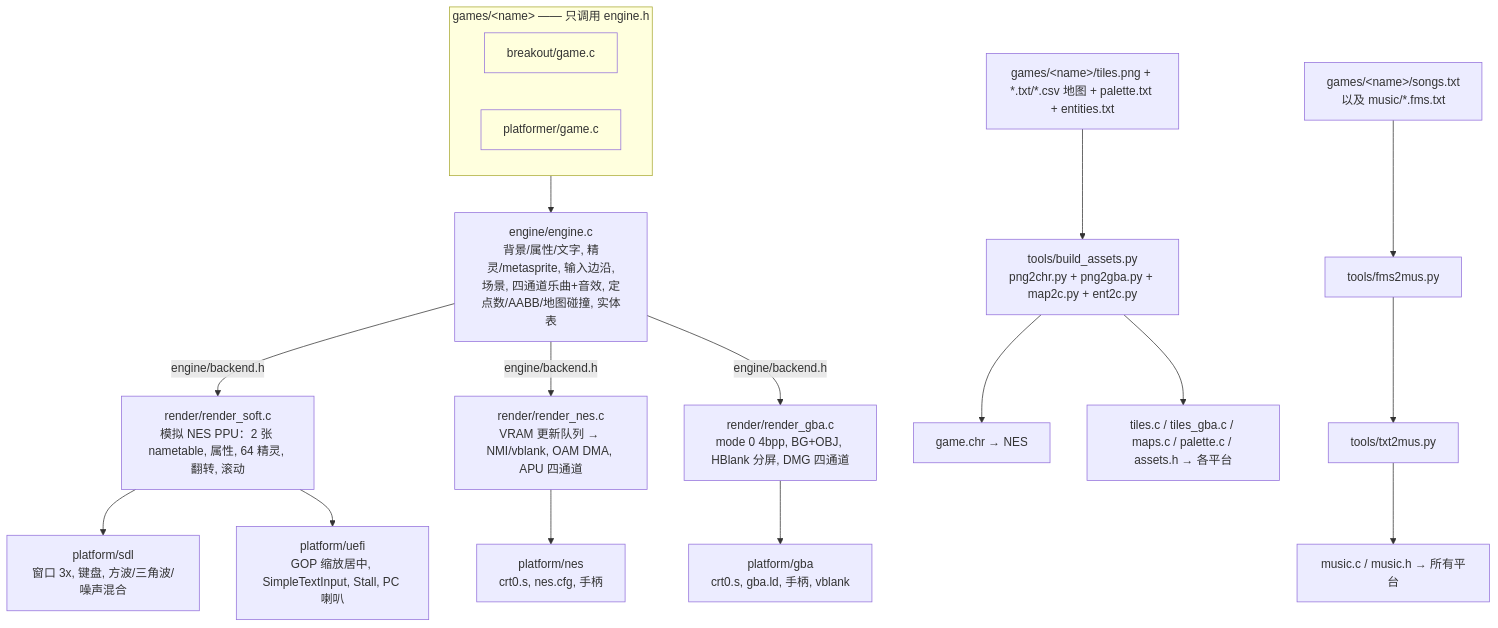
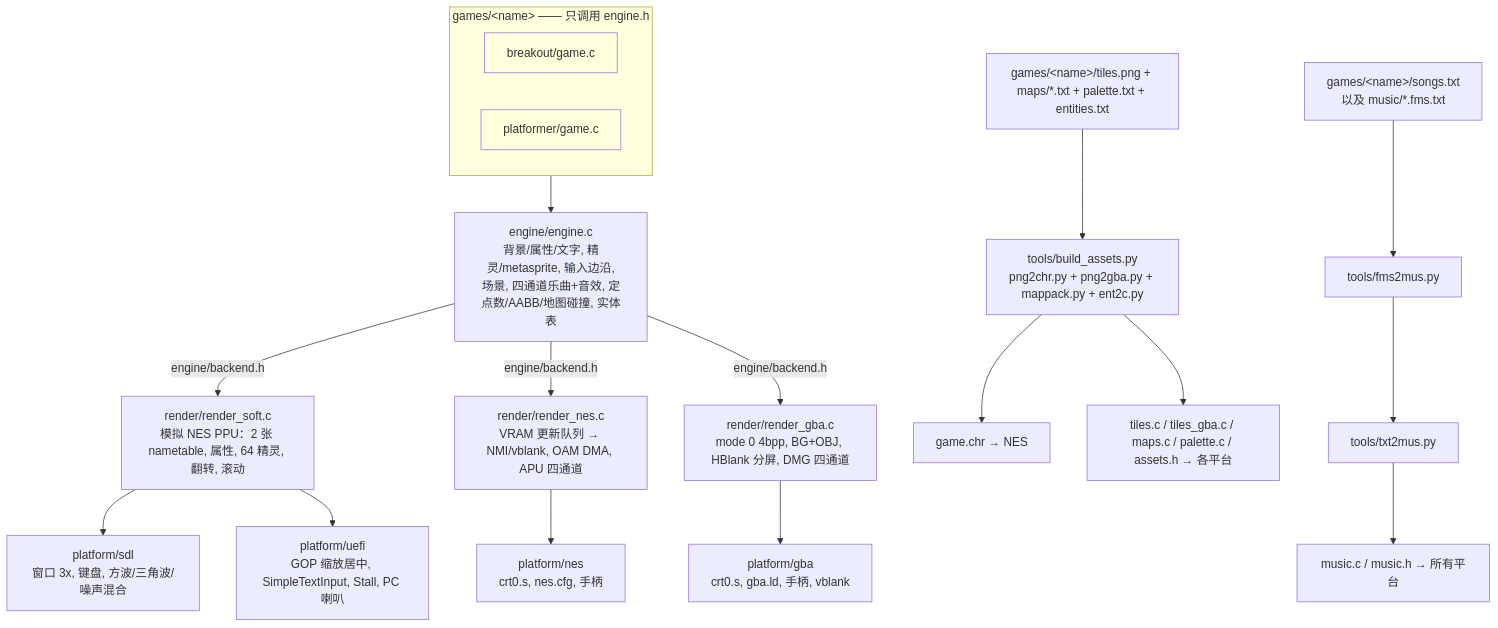
One commit to brightHuang84/RetroEngine changed the diagram in README.md. Above: the diagram before and after it, drawn with Mermaid. The commit also changed other lines of this file and 36 other files, not shown here.

````diff
--- a/README.md
+++ b/README.md
@@ -8,22 +8,22 @@
 ```mermaid
 flowchart TD
   subgraph games[games/&lt;name&gt; —— 只调用 engine.h]
     BG[breakout/game.c]:::g
     PF[platformer/game.c]:::g
   end
   games --> E[engine/engine.c<br>背景/属性/文字, 精灵/metasprite, 输入边沿,<br>场景, 四通道乐曲+音效, 定点数/AABB/地图碰撞, 实体表]
   E -->|engine/backend.h| RS[render/render_soft.c<br>模拟 NES PPU：2 张 nametable, 属性, 64 精灵, 翻转, 滚动]
   E -->|engine/backend.h| RN[render/render_nes.c<br>VRAM 更新队列 → NMI/vblank, OAM DMA, APU 四通道]
   E -->|engine/backend.h| RG[render/render_gba.c<br>mode 0 4bpp, BG+OBJ, HBlank 分屏, DMG 四通道]
   RS --> SDL[platform/sdl<br>窗口 3x, 键盘, 方波/三角波/噪声混合]
   RS --> UEFI[platform/uefi<br>GOP 缩放居中, SimpleTextInput, Stall, PC 喇叭]
   RN --> NES[platform/nes<br>crt0.s, nes.cfg, 手柄]
   RG --> GBA[platform/gba<br>crt0.s, gba.ld, 手柄, vblank]
-  A[games/&lt;name&gt;/tiles.png + *.txt/*.csv 地图 + palette.txt + entities.txt] --> T[tools/build_assets.py<br>png2chr.py + png2gba.py + map2c.py + ent2c.py]
+  A[games/&lt;name&gt;/tiles.png + maps/*.txt + palette.txt + entities.txt] --> T[tools/build_assets.py<br>png2chr.py + png2gba.py + mappack.py + ent2c.py]
   T --> CHR[game.chr → NES]
   T --> CA[tiles.c / tiles_gba.c / maps.c / palette.c / assets.h → 各平台]
   S[games/&lt;name&gt;/songs.txt<br>以及 music/*.fms.txt] --> FM[tools/fms2mus.py]
   FM --> TM[tools/txt2mus.py]
   TM --> MU[music.c / music.h → 所有平台]
   classDef g fill:#ffd
 ```
````
